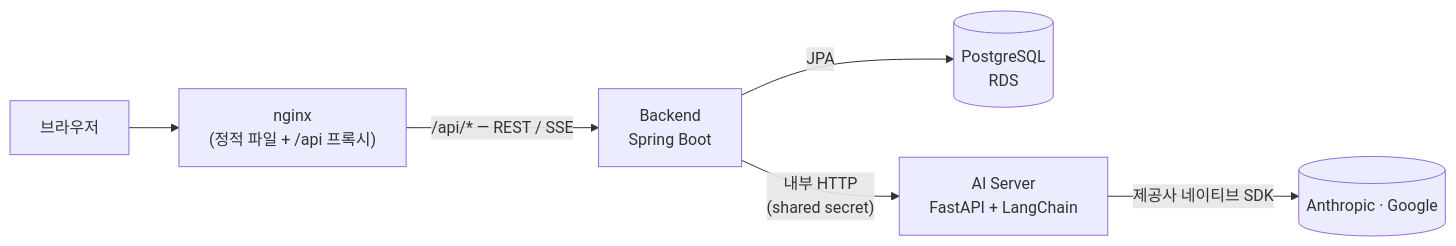
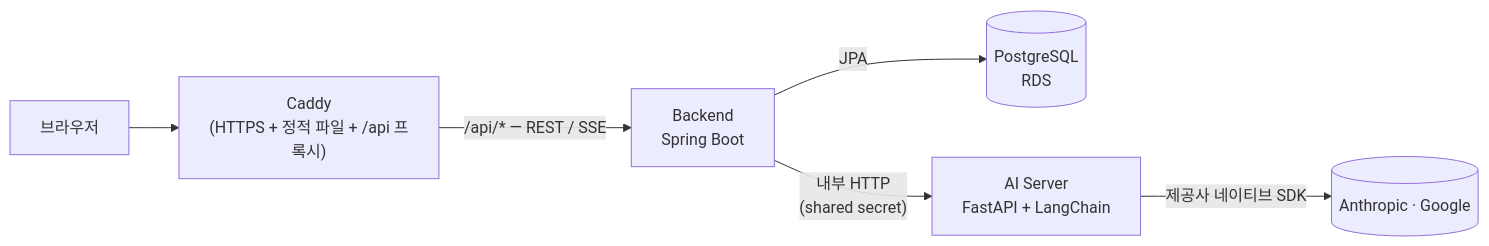
One commit to yoojaegon/soksak changed the diagram in README.md. Above: the diagram before and after it, drawn with Mermaid. The commit also changed other lines of this file and 8 other files, not shown here.

````diff
--- a/README.md
+++ b/README.md
@@ -152,8 +152,8 @@
 ```mermaid
 flowchart LR
-    U[브라우저] --> NG["nginx<br/>(정적 파일 + /api 프록시)"]
+    U[브라우저] --> NG["Caddy<br/>(HTTPS + 정적 파일 + /api 프록시)"]
     NG -->|"/api/* — REST / SSE"| BE["Backend<br/>Spring Boot"]
     BE -->|JPA| DB[(PostgreSQL<br/>RDS)]
     BE -->|"내부 HTTP<br/>(shared secret)"| AI["AI Server<br/>FastAPI + LangChain"]
     AI -->|"제공사 네이티브 SDK"| LLM[(Anthropic · Google)]
 ```
````
